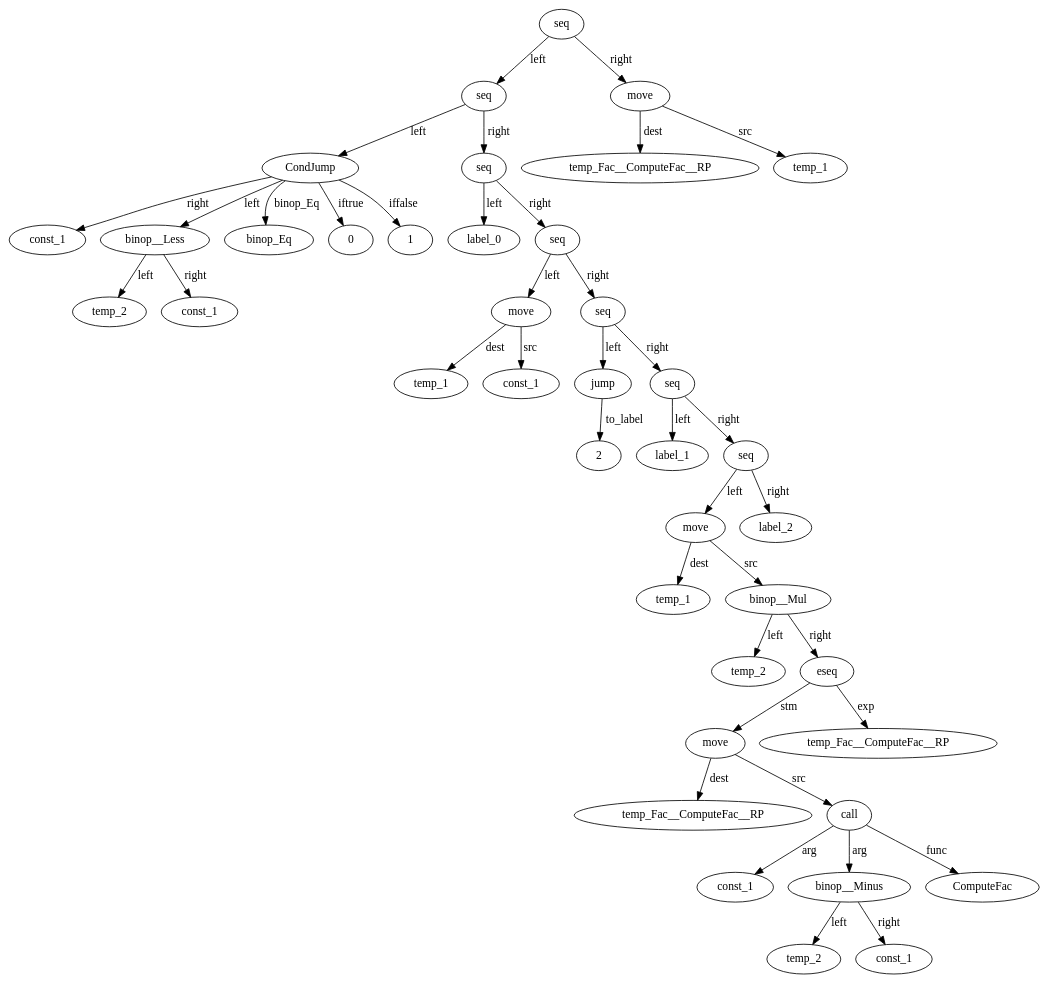
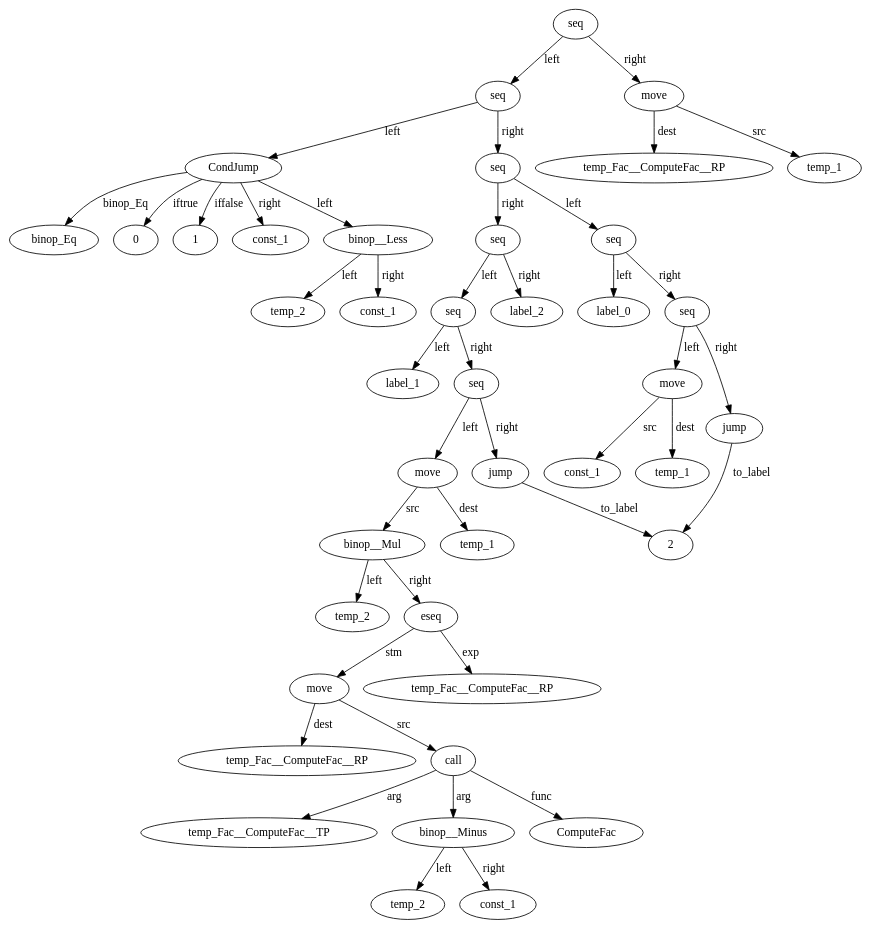
Before and after one commit to DanAnastasyev/MiniJavaCompiler: the diagram in MiniJavaCompiler/IRTree_Fac__ComputeFac.dot, drawn with Graphviz. The commit also changed 9 other files, not shown here.

```diff
--- a/MiniJavaCompiler/IRTree_Fac__ComputeFac.dot
+++ b/MiniJavaCompiler/IRTree_Fac__ComputeFac.dot
@@ -1,77 +1,82 @@
 digraph {
 const_1__id_0 [ label="const_1" ]; 
 temp_2__id_1 [ label="temp_2" ]; 
 const_1__id_2 [ label="const_1" ]; 
 binop__Less__id_3 [ label="binop__Less" ]; 
 binop__Less__id_3 -> const_1__id_2 [ label="right"] ; 
 binop__Less__id_3 -> temp_2__id_1 [ label="left"] ; 
 CondJump__id_4 [ label="CondJump" ]; 
 CondJump__id_4 -> binop__Less__id_3 [ label="left"] ; 
 CondJump__id_4 -> binop_Eq [ label="binop_Eq"] ; 
 CondJump__id_4 -> const_1__id_0 [ label="right"] ; 
 CondJump__id_4 -> 0 [ label="iftrue"] ; 
 CondJump__id_4 -> 1 [ label="iffalse"] ; 
 label_0__id_5 [ label="label_0" ]; 
 temp_1__id_6 [ label="temp_1" ]; 
 const_1__id_7 [ label="const_1" ]; 
 move__id_8 [ label="move" ]; 
 move__id_8 -> temp_1__id_6 [ label="dest"] ; 
 move__id_8 -> const_1__id_7 [ label="src"] ; 
 jump__id_9 [ label="jump" ]; 
 jump__id_9 -> 2 [ label="to_label"] ; 
-label_1__id_10 [ label="label_1" ]; 
-temp_1__id_11 [ label="temp_1" ]; 
-temp_2__id_12 [ label="temp_2" ]; 
-temp_Fac__ComputeFac__RP__id_13 [ label="temp_Fac__ComputeFac__RP" ]; 
-const_1__id_14 [ label="const_1" ]; 
-temp_2__id_15 [ label="temp_2" ]; 
-const_1__id_16 [ label="const_1" ]; 
-binop__Minus__id_17 [ label="binop__Minus" ]; 
-binop__Minus__id_17 -> const_1__id_16 [ label="right"] ; 
-binop__Minus__id_17 -> temp_2__id_15 [ label="left"] ; 
-call__id_18 [ label="call" ]; 
-call__id_18 -> ComputeFac [ label="func"] ; 
-call__id_18 -> const_1__id_14 [ label="arg"] ; 
-call__id_18 -> binop__Minus__id_17 [ label="arg"] ; 
-move__id_19 [ label="move" ]; 
-move__id_19 -> temp_Fac__ComputeFac__RP__id_13 [ label="dest"] ; 
-move__id_19 -> call__id_18 [ label="src"] ; 
-temp_Fac__ComputeFac__RP__id_20 [ label="temp_Fac__ComputeFac__RP" ]; 
-eseq__id_21 [ label="eseq" ]; 
-eseq__id_21 -> temp_Fac__ComputeFac__RP__id_20 [ label="exp"] ; 
-eseq__id_21 -> move__id_19 [ label="stm"] ; 
-binop__Mul__id_22 [ label="binop__Mul" ]; 
-binop__Mul__id_22 -> eseq__id_21 [ label="right"] ; 
-binop__Mul__id_22 -> temp_2__id_12 [ label="left"] ; 
-move__id_23 [ label="move" ]; 
-move__id_23 -> temp_1__id_11 [ label="dest"] ; 
-move__id_23 -> binop__Mul__id_22 [ label="src"] ; 
-label_2__id_24 [ label="label_2" ]; 
-seq__id_25 [ label="seq" ]; 
-seq__id_25 -> move__id_23 [ label="left"] ; 
-seq__id_25 -> label_2__id_24 [ label="right"] ; 
-seq__id_26 [ label="seq" ]; 
-seq__id_26 -> label_1__id_10 [ label="left"] ; 
-seq__id_26 -> seq__id_25 [ label="right"] ; 
+seq__id_10 [ label="seq" ]; 
+seq__id_10 -> move__id_8 [ label="left"] ; 
+seq__id_10 -> jump__id_9 [ label="right"] ; 
+seq__id_11 [ label="seq" ]; 
+seq__id_11 -> label_0__id_5 [ label="left"] ; 
+seq__id_11 -> seq__id_10 [ label="right"] ; 
+label_1__id_12 [ label="label_1" ]; 
+temp_1__id_13 [ label="temp_1" ]; 
+temp_2__id_14 [ label="temp_2" ]; 
+temp_Fac__ComputeFac__RP__id_15 [ label="temp_Fac__ComputeFac__RP" ]; 
+temp_Fac__ComputeFac__TP__id_16 [ label="temp_Fac__ComputeFac__TP" ]; 
+temp_2__id_17 [ label="temp_2" ]; 
+const_1__id_18 [ label="const_1" ]; 
+binop__Minus__id_19 [ label="binop__Minus" ]; 
+binop__Minus__id_19 -> const_1__id_18 [ label="right"] ; 
+binop__Minus__id_19 -> temp_2__id_17 [ label="left"] ; 
+call__id_20 [ label="call" ]; 
+call__id_20 -> ComputeFac [ label="func"] ; 
+call__id_20 -> temp_Fac__ComputeFac__TP__id_16 [ label="arg"] ; 
+call__id_20 -> binop__Minus__id_19 [ label="arg"] ; 
+move__id_21 [ label="move" ]; 
+move__id_21 -> temp_Fac__ComputeFac__RP__id_15 [ label="dest"] ; 
+move__id_21 -> call__id_20 [ label="src"] ; 
+temp_Fac__ComputeFac__RP__id_22 [ label="temp_Fac__ComputeFac__RP" ]; 
+eseq__id_23 [ label="eseq" ]; 
+eseq__id_23 -> temp_Fac__ComputeFac__RP__id_22 [ label="exp"] ; 
+eseq__id_23 -> move__id_21 [ label="stm"] ; 
+binop__Mul__id_24 [ label="binop__Mul" ]; 
+binop__Mul__id_24 -> eseq__id_23 [ label="right"] ; 
+binop__Mul__id_24 -> temp_2__id_14 [ label="left"] ; 
+move__id_25 [ label="move" ]; 
+move__id_25 -> temp_1__id_13 [ label="dest"] ; 
+move__id_25 -> binop__Mul__id_24 [ label="src"] ; 
+jump__id_26 [ label="jump" ]; 
+jump__id_26 -> 2 [ label="to_label"] ; 
 seq__id_27 [ label="seq" ]; 
-seq__id_27 -> jump__id_9 [ label="left"] ; 
-seq__id_27 -> seq__id_26 [ label="right"] ; 
+seq__id_27 -> move__id_25 [ label="left"] ; 
+seq__id_27 -> jump__id_26 [ label="right"] ; 
 seq__id_28 [ label="seq" ]; 
-seq__id_28 -> move__id_8 [ label="left"] ; 
+seq__id_28 -> label_1__id_12 [ label="left"] ; 
 seq__id_28 -> seq__id_27 [ label="right"] ; 
-seq__id_29 [ label="seq" ]; 
-seq__id_29 -> label_0__id_5 [ label="left"] ; 
-seq__id_29 -> seq__id_28 [ label="right"] ; 
+label_2__id_29 [ label="label_2" ]; 
 seq__id_30 [ label="seq" ]; 
-seq__id_30 -> CondJump__id_4 [ label="left"] ; 
-seq__id_30 -> seq__id_29 [ label="right"] ; 
-temp_Fac__ComputeFac__RP__id_31 [ label="temp_Fac__ComputeFac__RP" ]; 
-temp_1__id_32 [ label="temp_1" ]; 
-move__id_33 [ label="move" ]; 
-move__id_33 -> temp_Fac__ComputeFac__RP__id_31 [ label="dest"] ; 
-move__id_33 -> temp_1__id_32 [ label="src"] ; 
-seq__id_34 [ label="seq" ]; 
-seq__id_34 -> seq__id_30 [ label="left"] ; 
-seq__id_34 -> move__id_33 [ label="right"] ; 
+seq__id_30 -> seq__id_28 [ label="left"] ; 
+seq__id_30 -> label_2__id_29 [ label="right"] ; 
+seq__id_31 [ label="seq" ]; 
+seq__id_31 -> seq__id_11 [ label="left"] ; 
+seq__id_31 -> seq__id_30 [ label="right"] ; 
+seq__id_32 [ label="seq" ]; 
+seq__id_32 -> CondJump__id_4 [ label="left"] ; 
+seq__id_32 -> seq__id_31 [ label="right"] ; 
+temp_Fac__ComputeFac__RP__id_33 [ label="temp_Fac__ComputeFac__RP" ]; 
+temp_1__id_34 [ label="temp_1" ]; 
+move__id_35 [ label="move" ]; 
+move__id_35 -> temp_Fac__ComputeFac__RP__id_33 [ label="dest"] ; 
+move__id_35 -> temp_1__id_34 [ label="src"] ; 
+seq__id_36 [ label="seq" ]; 
+seq__id_36 -> seq__id_32 [ label="left"] ; 
+seq__id_36 -> move__id_35 [ label="right"] ; 
 
 }
```
